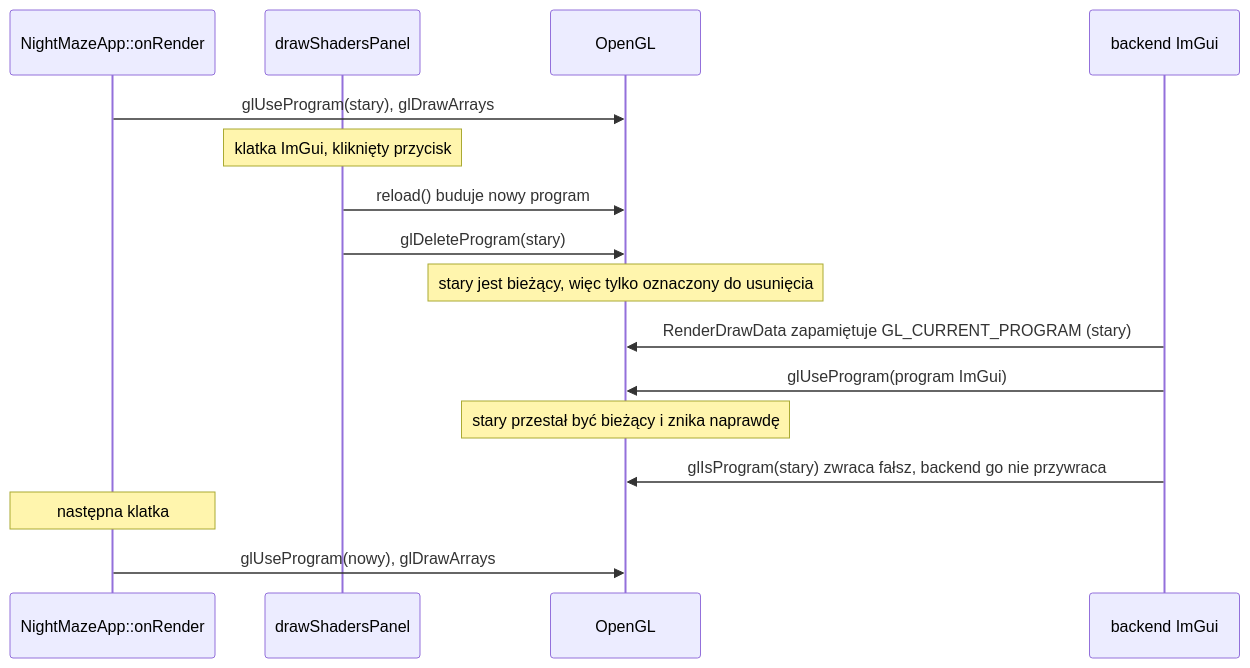
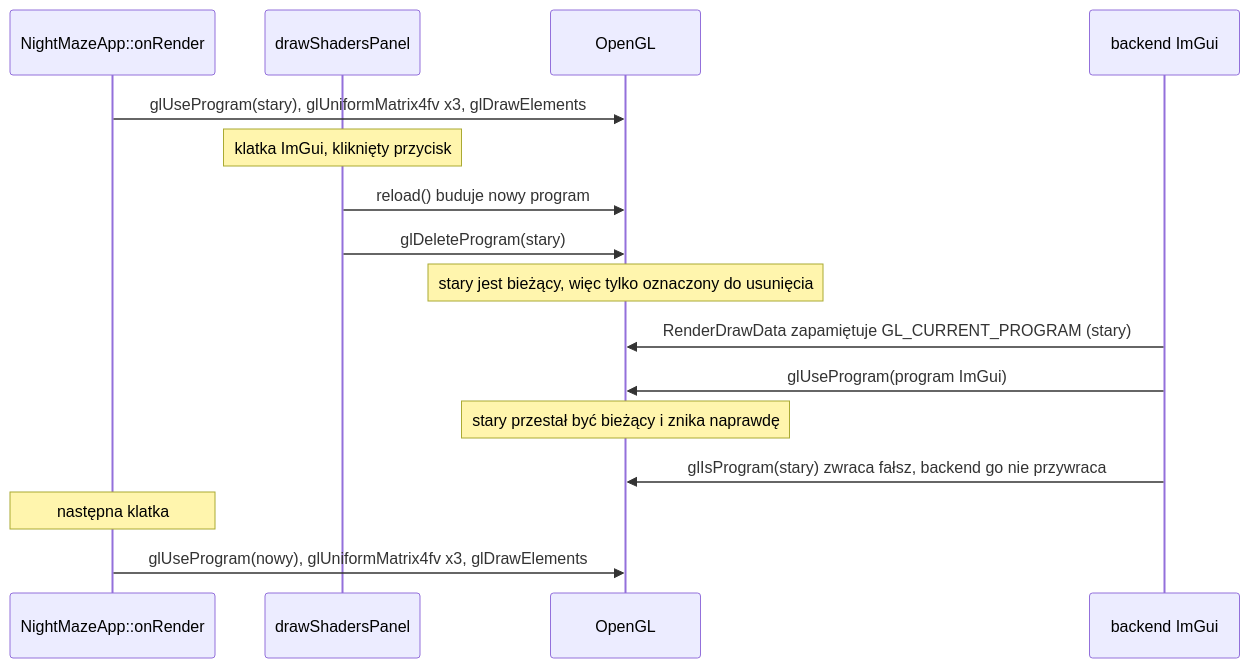
The sixth of 6 diagrams in docs/modules/gfx/shaders.md (Shironex/night-maze), drawn with Mermaid before and after one commit. The commit also changed other lines of this file and 27 other files, not shown here.

First line of the commit message:
feat(game): draw a cube with model, view and projection

````diff
--- a/docs/modules/gfx/shaders.md
+++ b/docs/modules/gfx/shaders.md
@@ -974,18 +1130,18 @@
 ```mermaid
 sequenceDiagram
     participant Game as NightMazeApp::onRender
     participant Panel as drawShadersPanel
     participant GL as OpenGL
     participant Backend as backend ImGui
-    Game->>GL: glUseProgram(stary), glDrawArrays
+    Game->>GL: glUseProgram(stary), glUniformMatrix4fv x3, glDrawElements
     Note over Panel: klatka ImGui, kliknięty przycisk
     Panel->>GL: reload() buduje nowy program
     Panel->>GL: glDeleteProgram(stary)
     Note over GL: stary jest bieżący, więc tylko oznaczony do usunięcia
     Backend->>GL: RenderDrawData zapamiętuje GL_CURRENT_PROGRAM (stary)
     Backend->>GL: glUseProgram(program ImGui)
     Note over GL: stary przestał być bieżący i znika naprawdę
     Backend->>GL: glIsProgram(stary) zwraca fałsz, backend go nie przywraca
     Note over Game: następna klatka
-    Game->>GL: glUseProgram(nowy), glDrawArrays
+    Game->>GL: glUseProgram(nowy), glUniformMatrix4fv x3, glDrawElements
 ```
````
